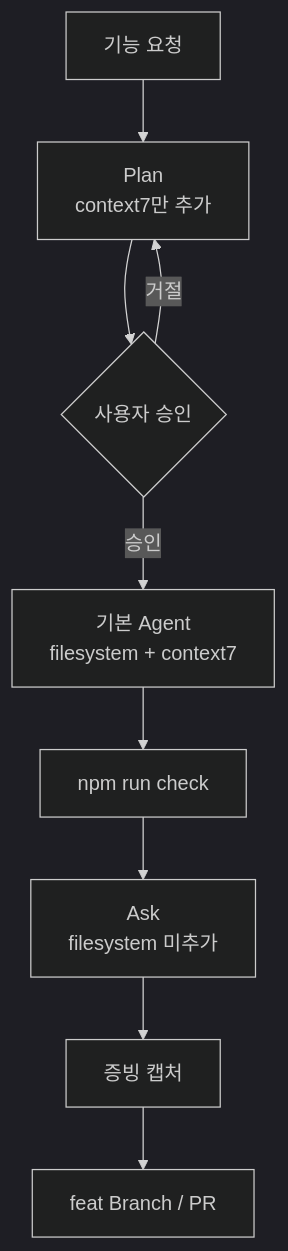
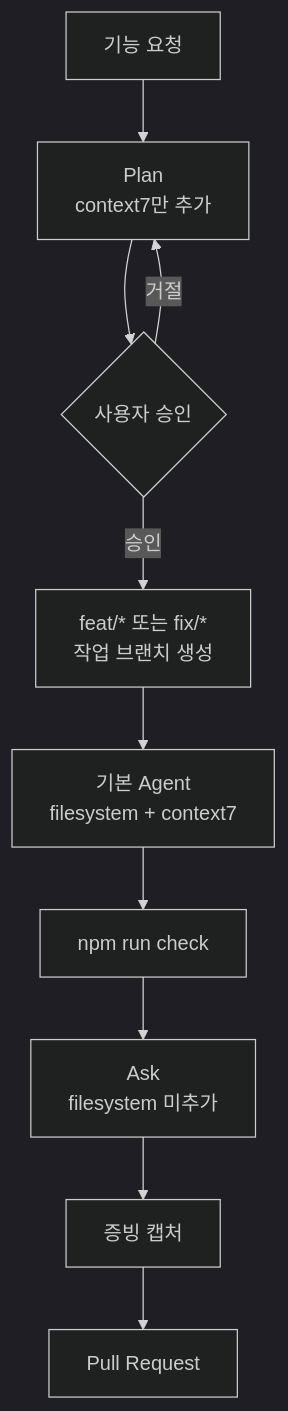
One commit to 4evergreentea-sudo/kb-fx-helper changed the diagram in docs/CUSTOM_MODES.md. Above: the diagram before and after it, drawn with Mermaid (dark theme). The commit also changed other lines of this file and 3 other files, not shown here.

````diff
--- a/docs/CUSTOM_MODES.md
+++ b/docs/CUSTOM_MODES.md
@@ -184,11 +186,12 @@
 ```mermaid
 flowchart TD
     Start[기능 요청] --> PlanMode["Plan\ncontext7만 추가"]
     PlanMode --> Approve{사용자 승인}
     Approve -->|거절| PlanMode
-    Approve -->|승인| ImplMode["기본 Agent\nfilesystem + context7"]
+    Approve -->|승인| Branch["feat/* 또는 fix/*\n작업 브랜치 생성"]
+    Branch --> ImplMode["기본 Agent\nfilesystem + context7"]
     ImplMode --> Check["npm run check"]
     Check --> ReviewMode["Ask\nfilesystem 미추가"]
     ReviewMode --> Evidence[증빙 캡처]
-    Evidence --> PR[feat Branch / PR]
+    Evidence --> PR[Pull Request]
 ```
````
